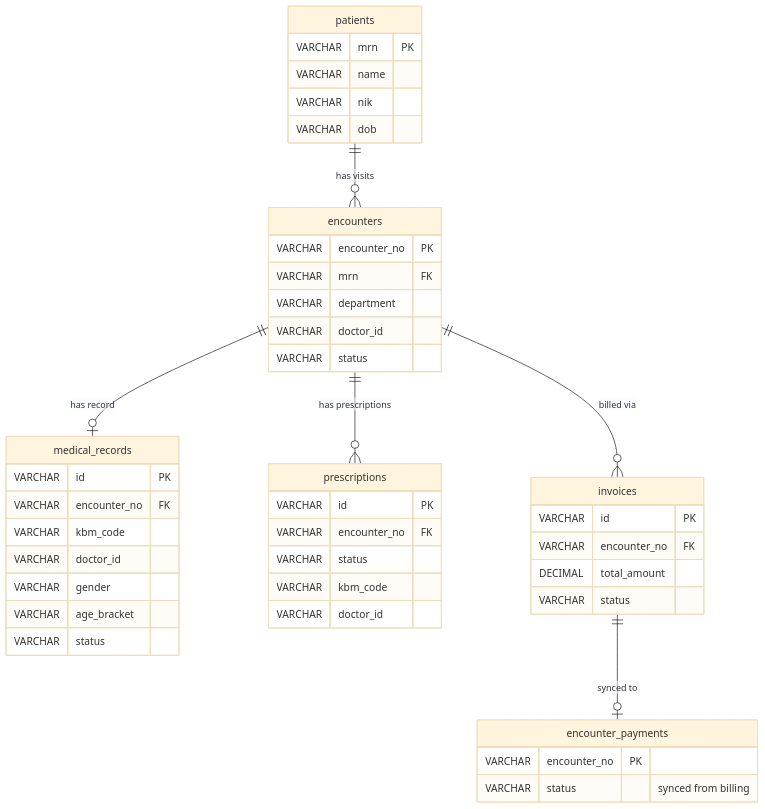
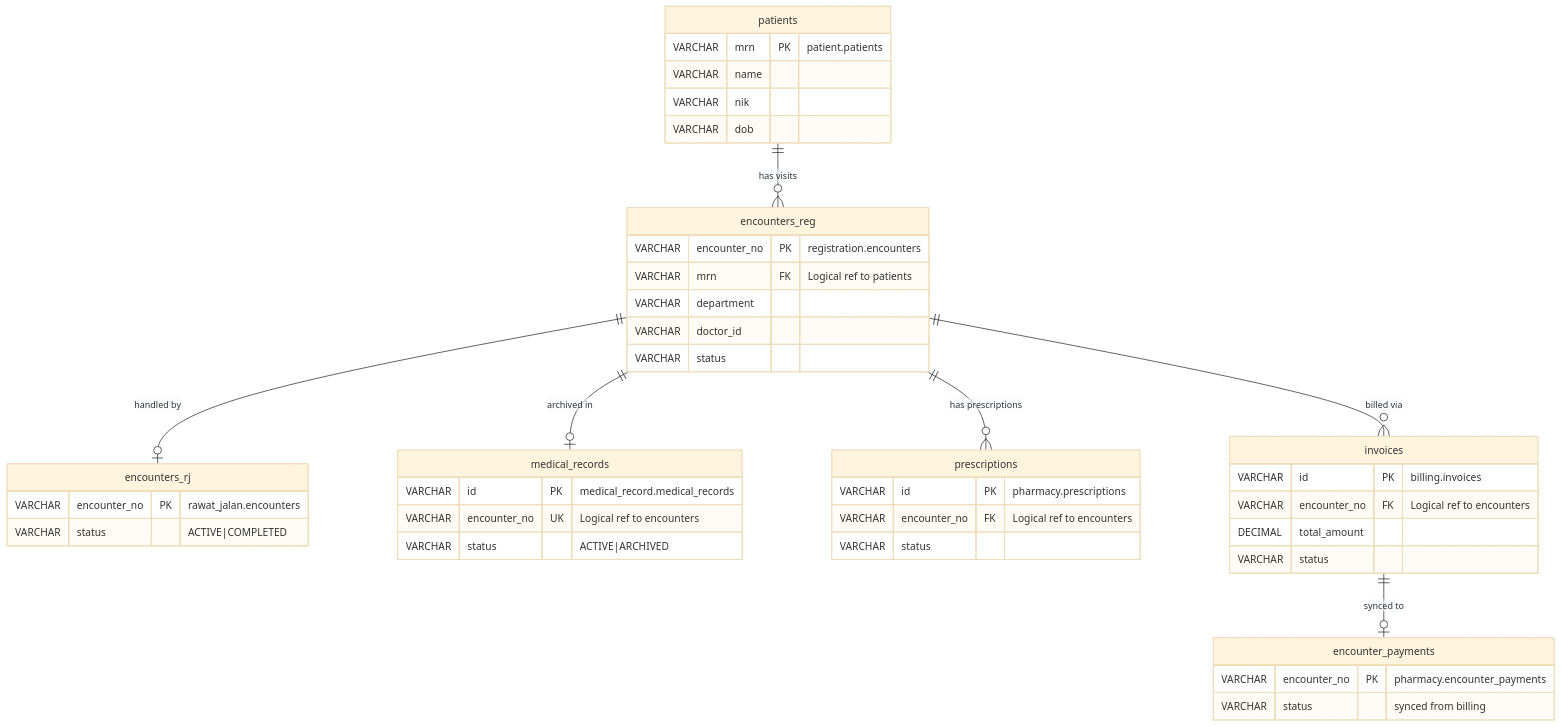
Diagram 14 of 19 in docs/be/technical/technical_documentation.md (odealidj/go-micro-simrs-one), drawn with Mermaid (base theme) before and after one commit. The commit also changed other lines of this file and 5 other files, not shown here.

First line of the commit message:
docs: update business and technical documentation for multi-schema and rawat-jalan separation

````diff
--- a/docs/be/technical/technical_documentation.md
+++ b/docs/be/technical/technical_documentation.md
@@ -613,53 +792,53 @@
 ```mermaid
 erDiagram
     patients {
-        VARCHAR mrn PK
+        VARCHAR mrn PK "patient.patients"
         VARCHAR name
         VARCHAR nik
         VARCHAR dob
     }
 
-    encounters {
-        VARCHAR encounter_no PK
-        VARCHAR mrn FK
+    encounters_reg {
+        VARCHAR encounter_no PK "registration.encounters"
+        VARCHAR mrn FK "Logical ref to patients"
         VARCHAR department
         VARCHAR doctor_id
         VARCHAR status
     }
 
+    encounters_rj {
+        VARCHAR encounter_no PK "rawat_jalan.encounters"
+        VARCHAR status "ACTIVE|COMPLETED"
+    }
+
     medical_records {
-        VARCHAR id PK
-        VARCHAR encounter_no FK
-        VARCHAR kbm_code
-        VARCHAR doctor_id
-        VARCHAR gender
-        VARCHAR age_bracket
+        VARCHAR id PK "medical_record.medical_records"
+        VARCHAR encounter_no UK "Logical ref to encounters"
+        VARCHAR status "ACTIVE|ARCHIVED"
+    }
+
+    prescriptions {
+        VARCHAR id PK "pharmacy.prescriptions"
+        VARCHAR encounter_no FK "Logical ref to encounters"
         VARCHAR status
     }
 
-    prescriptions {
-        VARCHAR id PK
-        VARCHAR encounter_no FK
-        VARCHAR status
-        VARCHAR kbm_code
-        VARCHAR doctor_id
-    }
-
     invoices {
-        VARCHAR id PK
-        VARCHAR encounter_no FK
+        VARCHAR id PK "billing.invoices"
+        VARCHAR encounter_no FK "Logical ref to encounters"
         DECIMAL total_amount
         VARCHAR status
     }
 
     encounter_payments {
-        VARCHAR encounter_no PK
+        VARCHAR encounter_no PK "pharmacy.encounter_payments"
         VARCHAR status "synced from billing"
     }
 
-    patients ||--o{ encounters : "has visits"
-    encounters ||--o| medical_records : "has record"
-    encounters ||--o{ prescriptions : "has prescriptions"
-    encounters ||--o{ invoices : "billed via"
+    patients ||--o{ encounters_reg : "has visits"
+    encounters_reg ||--o| encounters_rj : "handled by"
+    encounters_reg ||--o| medical_records : "archived in"
+    encounters_reg ||--o{ prescriptions : "has prescriptions"
+    encounters_reg ||--o{ invoices : "billed via"
     invoices ||--o| encounter_payments : "synced to"
 ```
````
